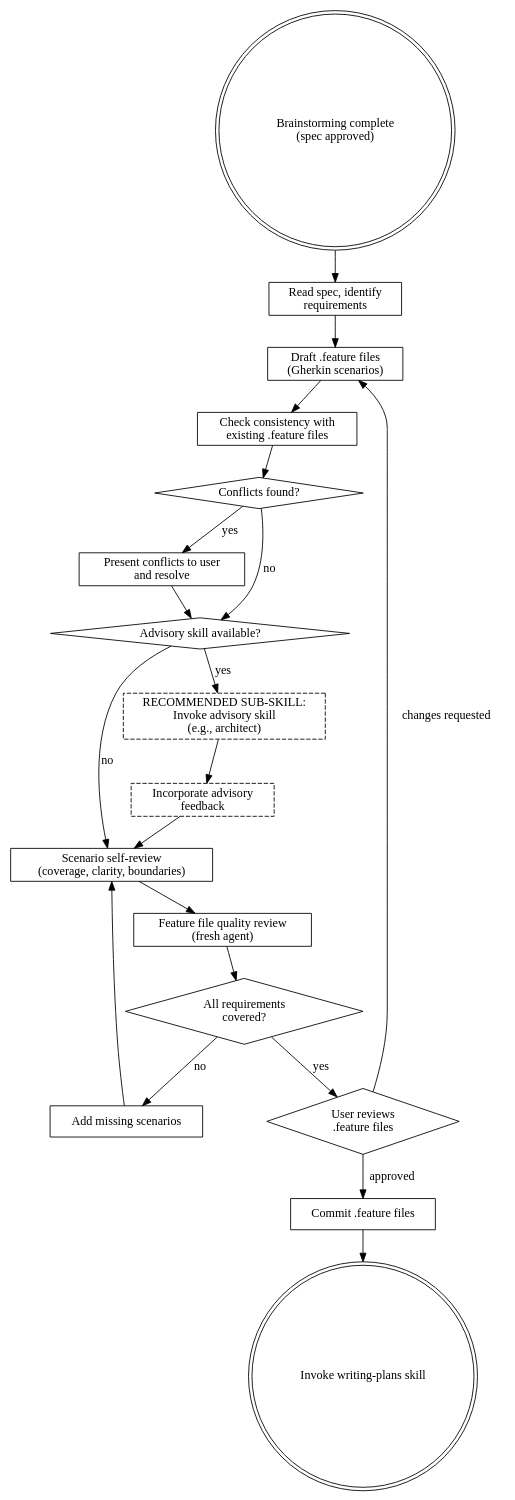
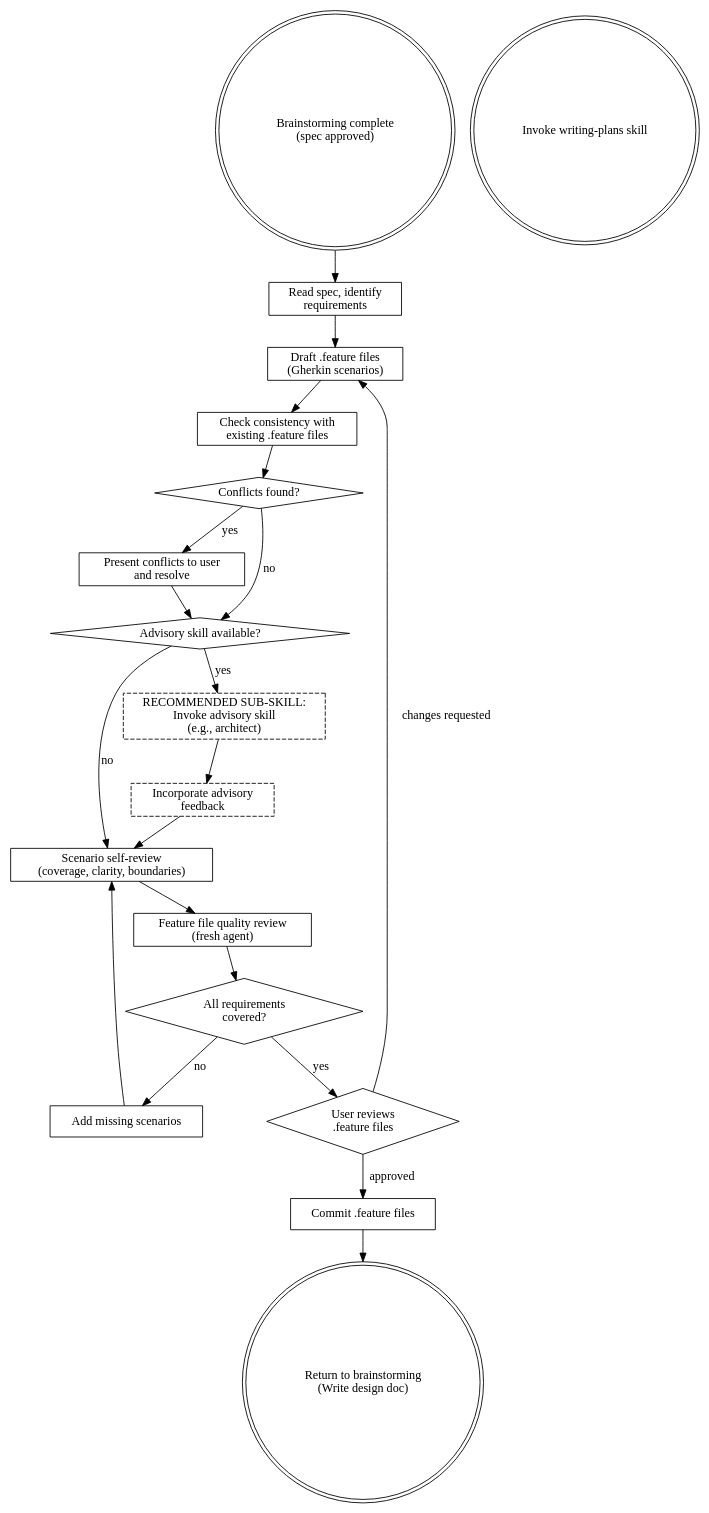
Before and after one commit to florian23/superflowers: the diagram in skills/feature-design/SKILL.md, drawn with Graphviz. The commit also changed other lines of this file and 5 other files, not shown here.

````diff
--- a/skills/feature-design/SKILL.md
+++ b/skills/feature-design/SKILL.md
@@ -41,41 +41,42 @@
 ```dot
 digraph feature_design {
     "Brainstorming complete\n(spec approved)" [shape=doublecircle];
     "Read spec, identify\nrequirements" [shape=box];
     "Draft .feature files\n(Gherkin scenarios)" [shape=box];
     "Advisory skill available?" [shape=diamond];
     "RECOMMENDED SUB-SKILL:\nInvoke advisory skill\n(e.g., architect)" [shape=box style=dashed];
     "Incorporate advisory\nfeedback" [shape=box style=dashed];
     "Scenario self-review\n(coverage, clarity, boundaries)" [shape=box];
     "All requirements\ncovered?" [shape=diamond];
     "Add missing scenarios" [shape=box];
     "User reviews\n.feature files" [shape=diamond];
     "Commit .feature files" [shape=box];
     "Invoke writing-plans skill" [shape=doublecircle];
 
     "Brainstorming complete\n(spec approved)" -> "Read spec, identify\nrequirements";
     "Read spec, identify\nrequirements" -> "Draft .feature files\n(Gherkin scenarios)";
     "Check consistency with\nexisting .feature files" [shape=box];
     "Conflicts found?" [shape=diamond];
     "Present conflicts to user\nand resolve" [shape=box];
     "Feature file quality review\n(fresh agent)" [shape=box];
 
     "Draft .feature files\n(Gherkin scenarios)" -> "Check consistency with\nexisting .feature files";
     "Check consistency with\nexisting .feature files" -> "Conflicts found?";
     "Conflicts found?" -> "Present conflicts to user\nand resolve" [label="yes"];
     "Conflicts found?" -> "Advisory skill available?" [label="no"];
     "Present conflicts to user\nand resolve" -> "Advisory skill available?";
     "Advisory skill available?" -> "RECOMMENDED SUB-SKILL:\nInvoke advisory skill\n(e.g., architect)" [label="yes"];
     "Advisory skill available?" -> "Scenario self-review\n(coverage, clarity, boundaries)" [label="no"];
     "RECOMMENDED SUB-SKILL:\nInvoke advisory skill\n(e.g., architect)" -> "Incorporate advisory\nfeedback";
     "Incorporate advisory\nfeedback" -> "Scenario self-review\n(coverage, clarity, boundaries)";
     "Scenario self-review\n(coverage, clarity, boundaries)" -> "Feature file quality review\n(fresh agent)";
     "Feature file quality review\n(fresh agent)" -> "All requirements\ncovered?";
     "All requirements\ncovered?" -> "Add missing scenarios" [label="no"];
     "Add missing scenarios" -> "Scenario self-review\n(coverage, clarity, boundaries)";
     "All requirements\ncovered?" -> "User reviews\n.feature files" [label="yes"];
     "User reviews\n.feature files" -> "Draft .feature files\n(Gherkin scenarios)" [label="changes requested"];
     "User reviews\n.feature files" -> "Commit .feature files" [label="approved"];
-    "Commit .feature files" -> "Invoke writing-plans skill";
+    "Commit .feature files" -> "Return to brainstorming\n(Write design doc)";
+    "Return to brainstorming\n(Write design doc)" [shape=doublecircle];
 }
 ```
````
